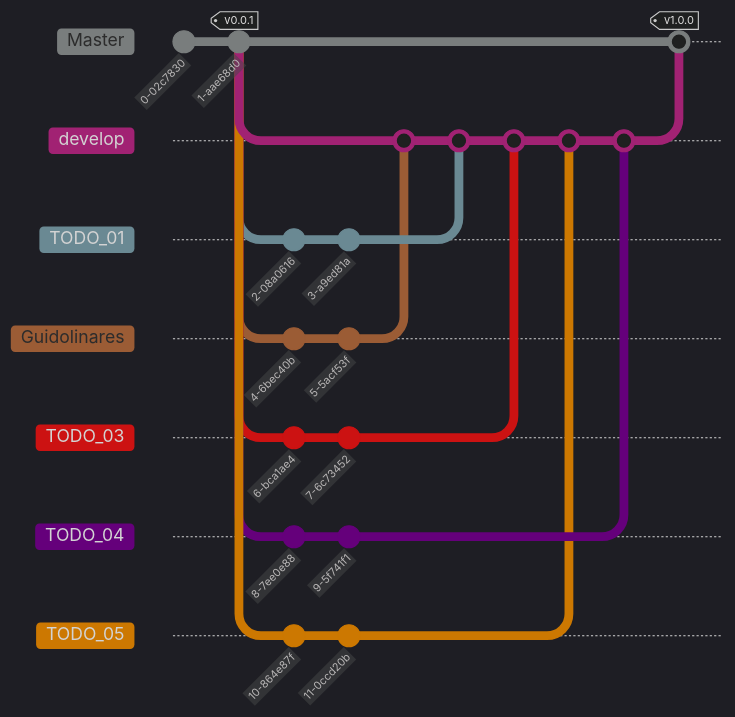
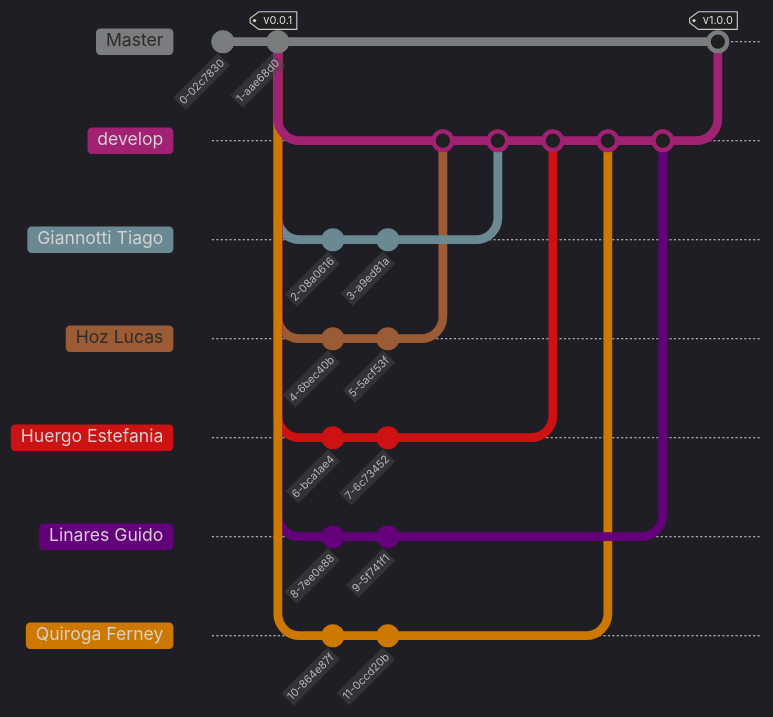
Before and after one commit to hozlucas28/C-Practical-Work-2024: the diagram in README.md, drawn with Mermaid. The commit also changed other lines of this file and 1 other file, not shown here. Commit ids are hidden.

Commit message:
doc: add development team

````diff
--- a/README.md
+++ b/README.md
@@ -149,34 +149,34 @@
 ```mermaid
 %%{init: { 'logLevel': 'debug', 'theme': 'dark', 'gitGraph': {'showBranches': true, 'showCommitLabel': true, 'mainBranchName': 'Master', 'parallelCommits': true}} }%%
     gitGraph:
         commit
         commit tag: "v0.0.1"
         branch develop
-        branch TODO_01
+        branch "Giannotti Tiago"
         commit
         commit
         checkout develop
-        branch Guidolinares
+        branch "Hoz Lucas"
         commit
         commit
         checkout develop
-        branch TODO_03
+        branch "Huergo Estefania"
         commit
         commit
         checkout develop
-        branch TODO_04
+        branch "Linares Guido"
         commit
         commit
         checkout develop
-        branch TODO_05
+        branch "Quiroga Ferney"
         commit
         commit
         checkout develop
-        merge Guidolinares
-        merge TODO_01
-        merge TODO_03
-        merge TODO_05
-        merge TODO_04
+        merge "Hoz Lucas"
+        merge "Giannotti Tiago"
+        merge "Huergo Estefania"
+        merge "Quiroga Ferney"
+        merge "Linares Guido"
         checkout Master
         merge develop tag: "v1.0.0"
 ```
````
